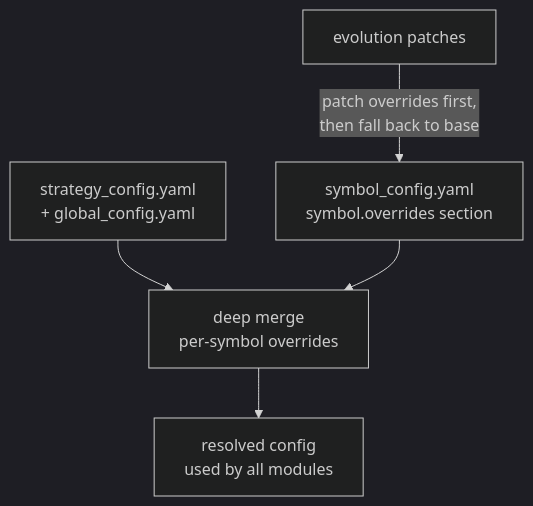
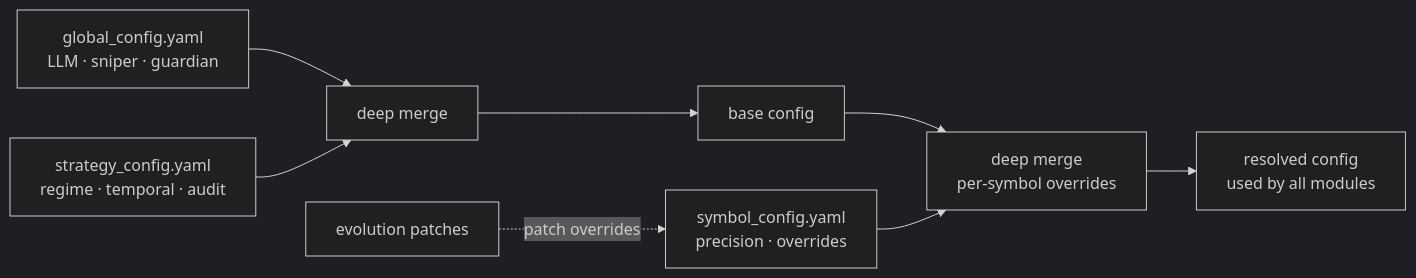
The sixth of 6 diagrams in README.md (jiangyang5157/binary-star), drawn with Mermaid (dark theme) before and after one commit. The commit also changed other lines of this file, not shown here.

````diff
--- a/README.md
+++ b/README.md
@@ -433,7 +431,10 @@
 ```mermaid
-graph TD
-    Base["strategy_config.yaml<br/>+ global_config.yaml"] --> Merge["deep merge<br/>per-symbol overrides"]
-    Symbol["symbol_config.yaml<br/>symbol.overrides section"] --> Merge
-    Merge --> Resolved["resolved config<br/>used by all modules"]
-    Evolution["evolution patches"] -->|"patch overrides first,<br/>then fall back to base"| Symbol
+graph LR
+    Global["global_config.yaml<br/>LLM · sniper · guardian"] --> Merge1["deep merge"]
+    Strategy["strategy_config.yaml<br/>regime · temporal · audit"] --> Merge1
+    Merge1 --> Base["base config"]
+    Base --> Merge2["deep merge<br/>per-symbol overrides"]
+    Symbol["symbol_config.yaml<br/>precision · overrides"] --> Merge2
+    Merge2 --> Resolved["resolved config<br/>used by all modules"]
+    Evolution["evolution patches"] -.->|patch overrides| Symbol
 ```
````
